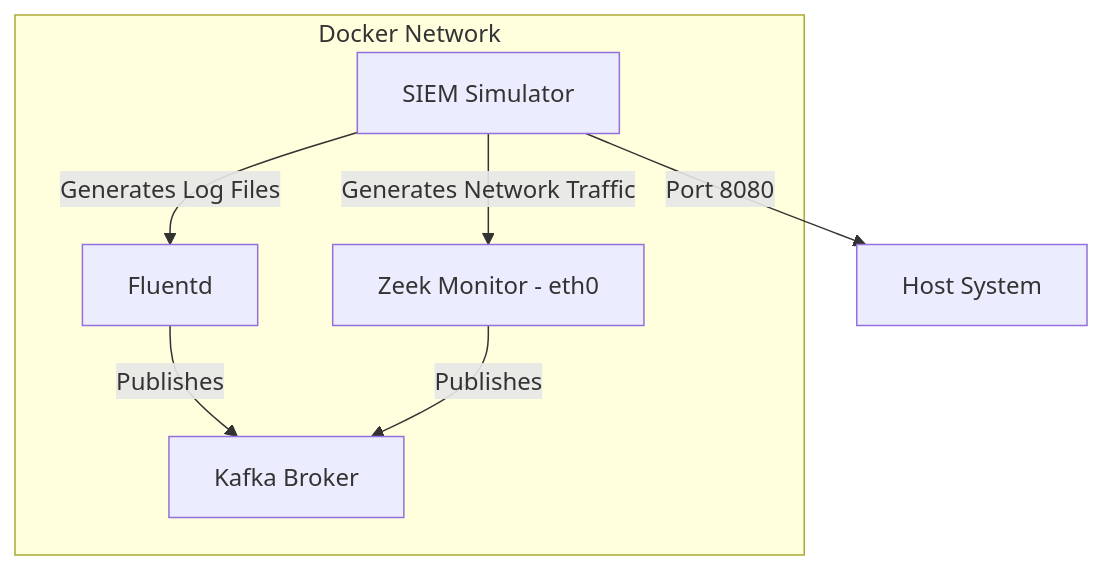
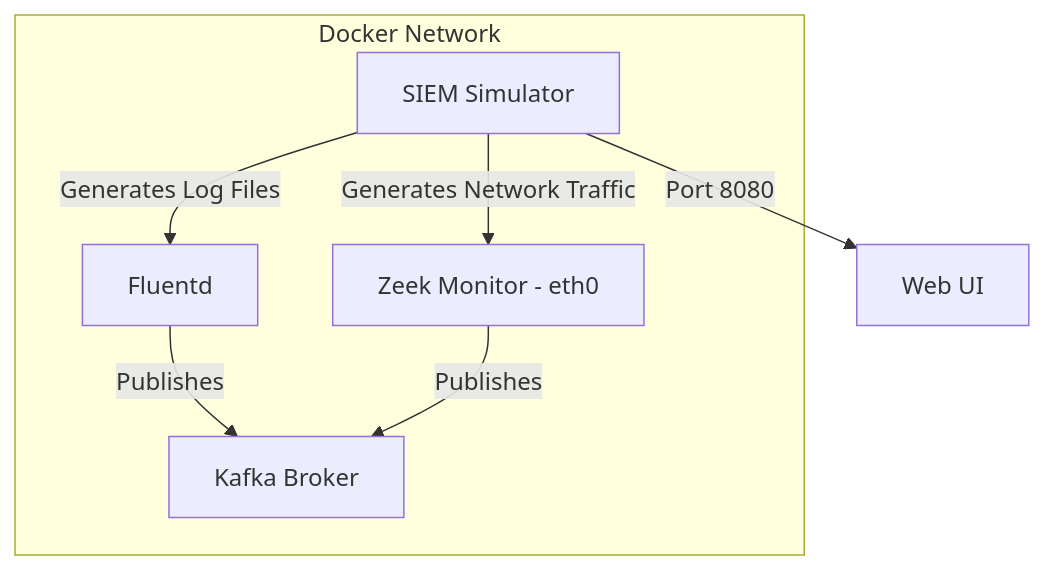
One commit to snowch/vastdata_siem_demo changed the diagram in README.md. Above: the diagram before and after it, drawn with Mermaid.

````diff
--- a/README.md
+++ b/README.md
@@ -13,16 +13,16 @@
 ```mermaid
 graph TD
     subgraph "Docker Network"
         Z[Zeek Monitor - eth0]
         S[SIEM Simulator]
         F[Fluentd]
         S -- Generates Log Files --> F
         F -- Publishes --> K
         Z -- Publishes --> K
         S -- Generates Network Traffic --> Z
     end
-    H[Host System]
+    W[Web UI]
     K[Kafka Broker]
 
-    S -- Port 8080 --> H
+    S -- Port 8080 --> W
 ```
````
